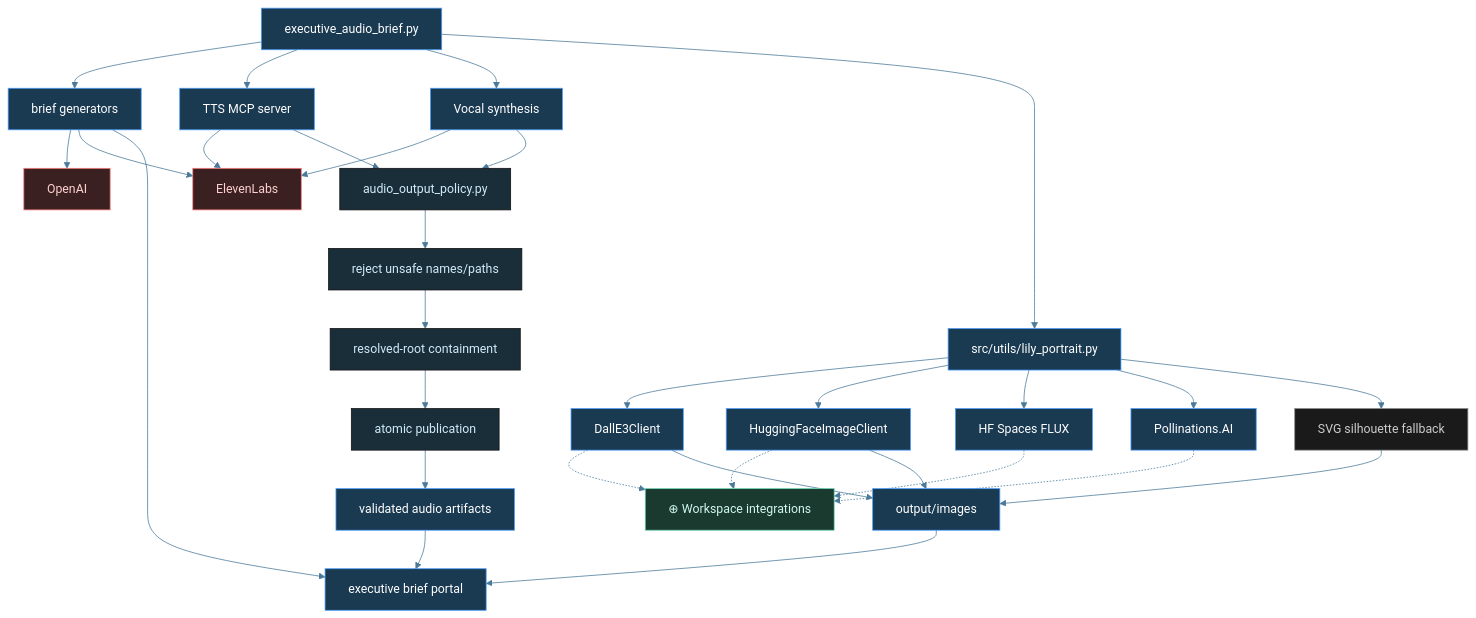
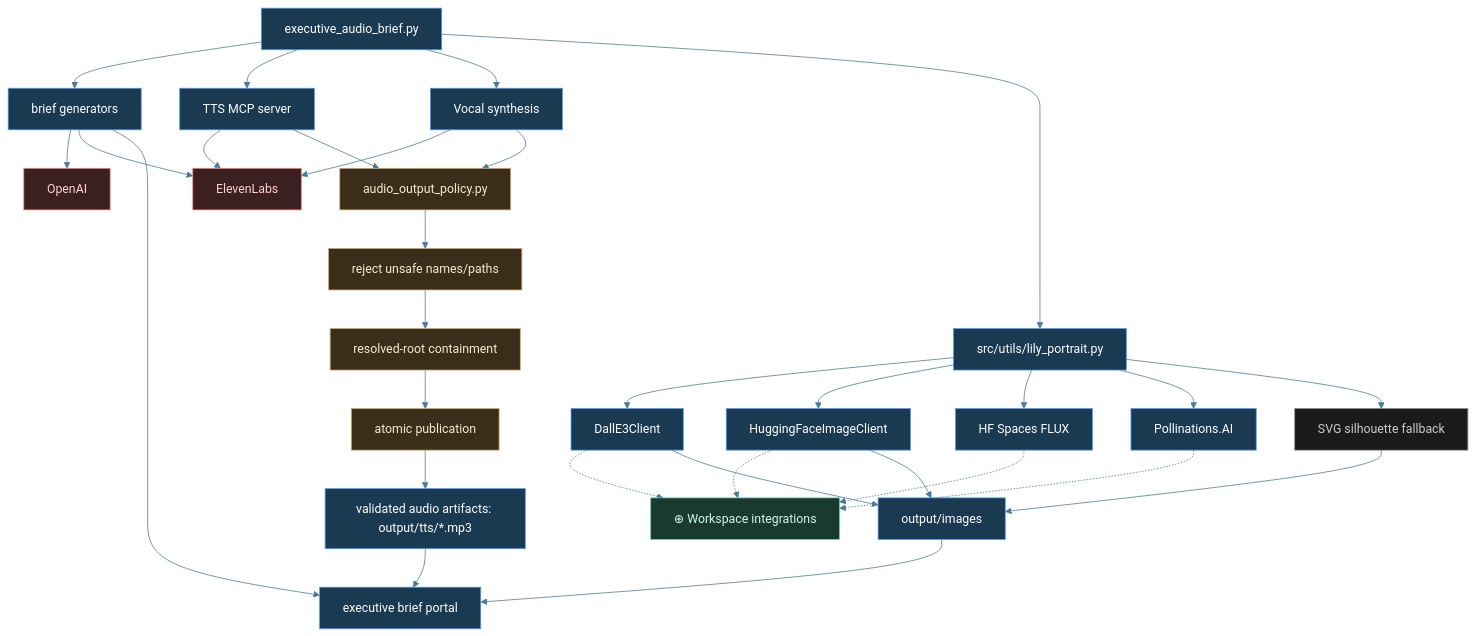
The diagram in diagrams/manifest-derived-media-pipeline.mmd (tylerdrakemusic/-Workspace), drawn with Mermaid before and after one commit. The commit also changed 2 other files, not shown here.

Commit message:
⊕ workspace: repair manifest audio diagram evidence

```diff
--- a/diagrams/manifest-derived-media-pipeline.mmd
+++ b/diagrams/manifest-derived-media-pipeline.mmd
@@ -1,42 +1,43 @@
 %%{init: {'theme': 'base', 'themeVariables': {'primaryColor': '#1a2e3a', 'primaryTextColor': '#d0ecf8', 'edgeLabelBackground': '#0f1318', 'lineColor': '#4a7a9a'}}}%%
 %% is_derived_view=true
 %% Traceability.parent: diagrams/manifest-architecture.mmd
 graph TB
     Tools[executive_audio_brief.py] --> Briefs[brief generators]
     Tools --> MCP[TTS MCP server]
     Tools --> Vocal[Vocal synthesis]
     Briefs --> OpenAI[OpenAI]
     Briefs --> ElevenLabs[ElevenLabs]
     Tools --> Lily[src/utils/lily_portrait.py]
     Lily --> DallE3[DallE3Client]
     Lily --> HFImage[HuggingFaceImageClient]
     Lily --> HFSpaces[HF Spaces FLUX]
     Lily --> Pollinations[Pollinations.AI]
     Lily --> Fallback[SVG silhouette fallback]
     DallE3 -.-> WS[⊕ Workspace integrations]
     HFImage -.-> WS
     HFSpaces -.-> WS
     Pollinations -.-> WS
     DallE3 --> Images[output/images]
     HFImage --> Images
     Fallback --> Images
     Images --> Portal[executive brief portal]
     MCP --> ElevenLabs
     Vocal --> ElevenLabs
     MCP --> AudioPolicy[audio_output_policy.py]
     Vocal --> AudioPolicy
     AudioPolicy --> Reject[reject unsafe names/paths]
     Reject --> RootContainment[resolved-root containment]
     RootContainment --> AtomicPublish[atomic publication]
-    AtomicPublish --> AudioOut[validated audio artifacts]
+    AtomicPublish --> AudioOut[validated audio artifacts: output/tts/*.mp3]
     AudioOut --> Portal
     Briefs --> Portal
     class Tools,Briefs,MCP,Vocal,Lily,DallE3,HFImage,HFSpaces,Pollinations,Images,Portal,AudioOut orch
     class AudioPolicy,Reject,RootContainment,AtomicPublish manifest
     class Fallback state
     class WS ws
     class OpenAI,ElevenLabs ext
 classDef orch fill:#1a3a52,stroke:#4a9eff,color:#fff
 classDef ws fill:#1a3a30,stroke:#6ad4b4,color:#d0f8ee
 classDef ext fill:#3a2020,stroke:#ff7a7a,color:#ffd0d0
+classDef manifest fill:#3a2e1a,stroke:#d4a96a,color:#f8ead0
 classDef state fill:#1a1a1a,stroke:#888888,color:#cccccc
```
